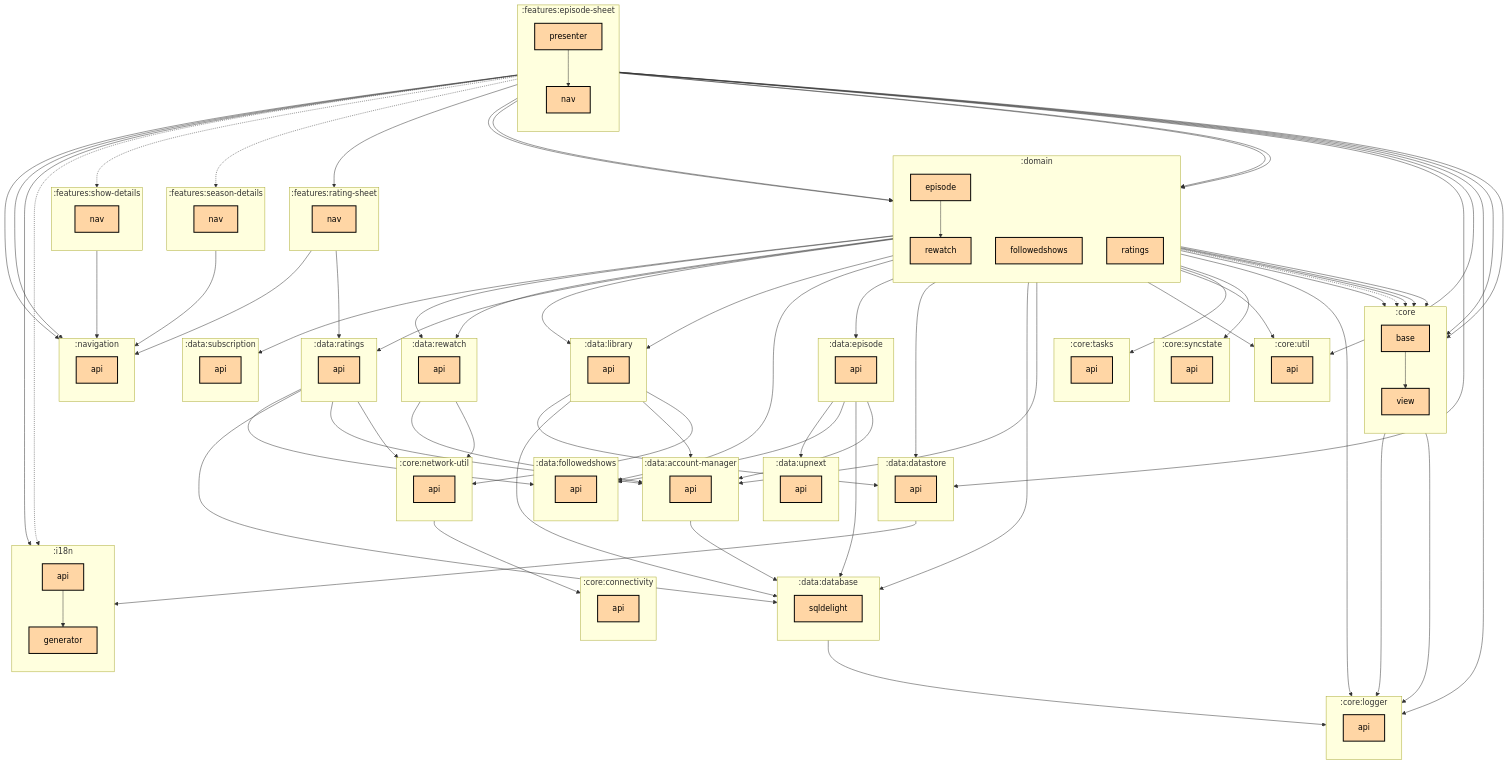
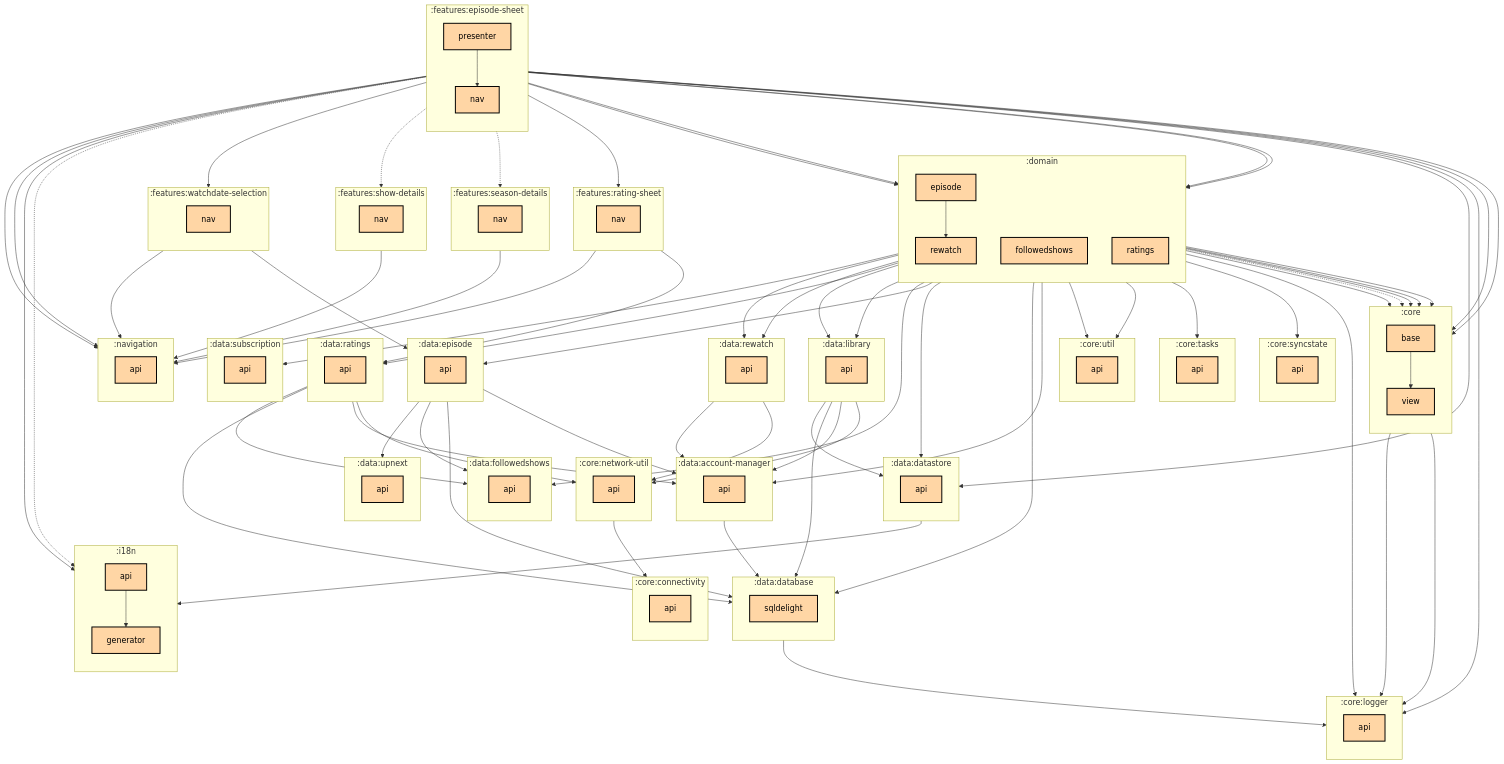
The first of 2 diagrams in features/episode-sheet/presenter/README.md (thomaskioko/tv-maniac), drawn with Mermaid before and after one commit. The commit also changed 3 other files, not shown here.

Commit message:
Update graph dependencies

```diff
--- a/features/episode-sheet/presenter/README.md
+++ b/features/episode-sheet/presenter/README.md
@@ -98,6 +98,10 @@
     direction TB
     :features:show-details:nav[nav]:::multiplatform
   end
+  subgraph :features:watchdate-selection
+    direction TB
+    :features:watchdate-selection:nav[nav]:::multiplatform
+  end
   subgraph :i18n
     direction TB
     :i18n:api[api]:::multiplatform
@@ -154,7 +158,6 @@
   :features:episode-sheet:nav --> :navigation:api
   :features:episode-sheet:presenter --> :core:base
   :features:episode-sheet:presenter --> :core:logger:api
-  :features:episode-sheet:presenter --> :core:util:api
   :features:episode-sheet:presenter --> :core:view
   :features:episode-sheet:presenter --> :data:datastore:api
   :features:episode-sheet:presenter --> :domain:episode
@@ -165,6 +168,7 @@
   :features:episode-sheet:presenter --> :features:rating-sheet:nav
   :features:episode-sheet:presenter -.-> :features:season-details:nav
   :features:episode-sheet:presenter -.-> :features:show-details:nav
+  :features:episode-sheet:presenter --> :features:watchdate-selection:nav
   :features:episode-sheet:presenter --> :i18n:api
   :features:episode-sheet:presenter -.-> :i18n:generator
   :features:episode-sheet:presenter --> :navigation:api
@@ -172,6 +176,8 @@
   :features:rating-sheet:nav --> :navigation:api
   :features:season-details:nav --> :navigation:api
   :features:show-details:nav --> :navigation:api
+  :features:watchdate-selection:nav --> :data:episode:api
+  :features:watchdate-selection:nav --> :navigation:api
   :i18n:api --> :i18n:generator
 
 classDef application fill:#CAFFBF,stroke:#000,stroke-width:2px,color:#000;
```
